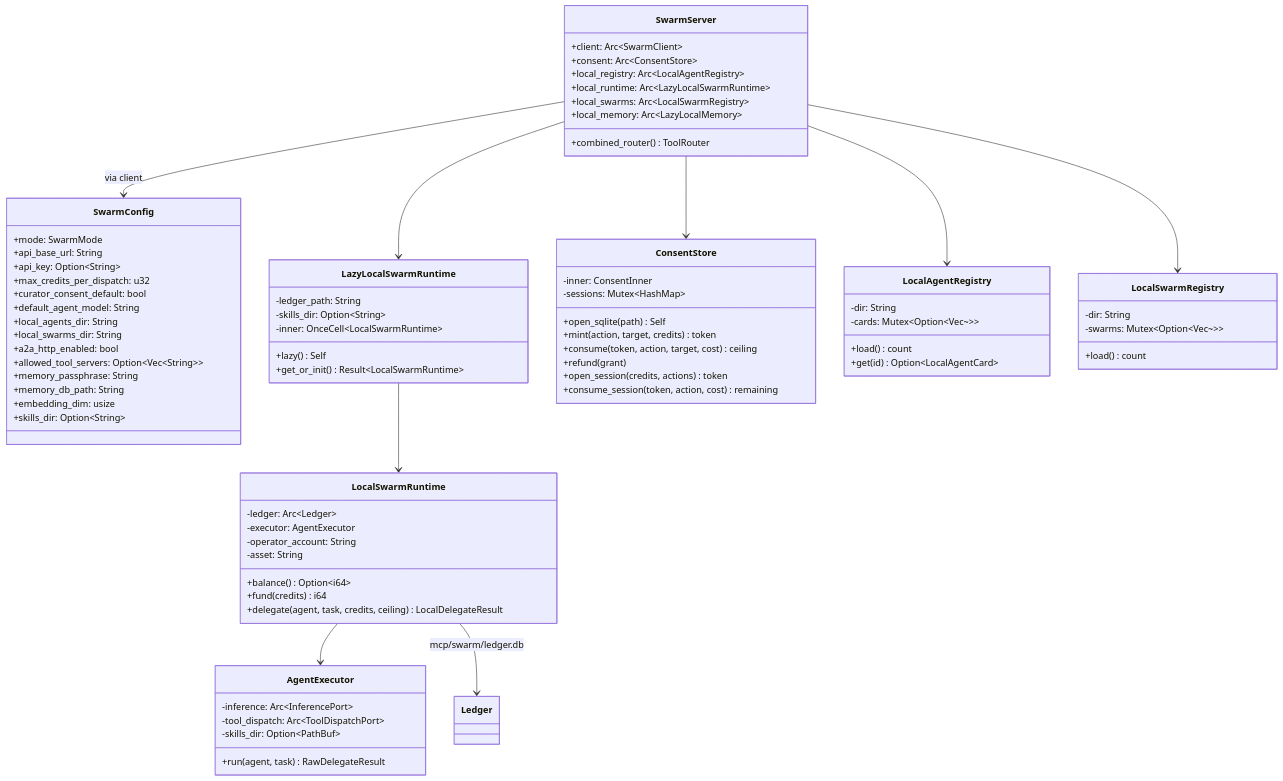
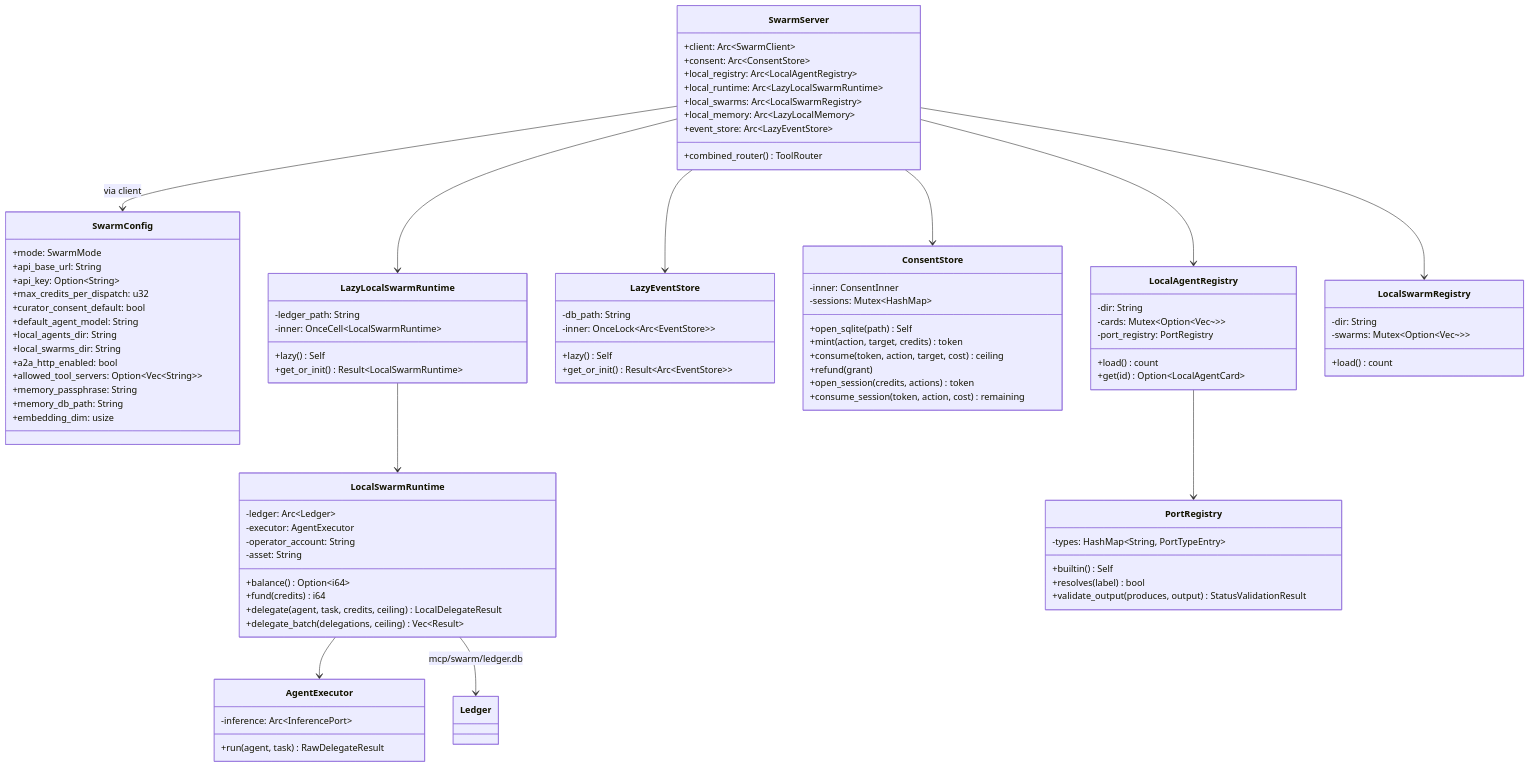
The first of 2 diagrams in kask/docs/diataxis/swarm_system/reference.md (mdz-axo/zed-kask), drawn with Mermaid before and after one commit. The commit also changed other lines of this file and 41 other files, not shown here.

````diff
--- a/kask/docs/diataxis/swarm_system/reference.md
+++ b/kask/docs/diataxis/swarm_system/reference.md
@@ -27,6 +51,7 @@
         +local_runtime: Arc~LazyLocalSwarmRuntime~
         +local_swarms: Arc~LocalSwarmRegistry~
         +local_memory: Arc~LazyLocalMemory~
+        +event_store: Arc~LazyEventStore~
         +combined_router() ToolRouter
     }
     class SwarmConfig {
@@ -43,14 +68,18 @@
         +memory_passphrase: String
         +memory_db_path: String
         +embedding_dim: usize
-        +skills_dir: Option~String~
     }
     class LazyLocalSwarmRuntime {
         -ledger_path: String
-        -skills_dir: Option~String~
         -inner: OnceCell~LocalSwarmRuntime~
         +lazy() Self
         +get_or_init() Result~LocalSwarmRuntime~
+    }
+    class LazyEventStore {
+        -db_path: String
+        -inner: OnceLock~Arc~EventStore~~
+        +lazy() Self
+        +get_or_init() Result~Arc~EventStore~~
     }
     class LocalSwarmRuntime {
         -ledger: Arc~Ledger~
@@ -60,11 +89,10 @@
         +balance() Option~i64~
         +fund(credits) i64
         +delegate(agent, task, credits, ceiling) LocalDelegateResult
+        +delegate_batch(delegations, ceiling) Vec~Result~
     }
     class AgentExecutor {
         -inference: Arc~InferencePort~
-        -tool_dispatch: Arc~ToolDispatchPort~
-        -skills_dir: Option~PathBuf~
         +run(agent, task) RawDelegateResult
     }
     class ConsentStore {
@@ -80,6 +108,7 @@
     class LocalAgentRegistry {
         -dir: String
         -cards: Mutex~Option~Vec~~~
+        -port_registry: PortRegistry
         +load() count
         +get(id) Option~LocalAgentCard~
     }
@@ -88,12 +117,20 @@
         -swarms: Mutex~Option~Vec~~~
         +load() count
     }
+    class PortRegistry {
+        -types: HashMap~String, PortTypeEntry~
+        +builtin() Self
+        +resolves(label) bool
+        +validate_output(produces, output) StatusValidationResult
+    }
     SwarmServer --> SwarmConfig : via client
     SwarmServer --> ConsentStore
     SwarmServer --> LocalAgentRegistry
     SwarmServer --> LazyLocalSwarmRuntime
     SwarmServer --> LocalSwarmRegistry
+    SwarmServer --> LazyEventStore
     LazyLocalSwarmRuntime --> LocalSwarmRuntime
     LocalSwarmRuntime --> AgentExecutor
     LocalSwarmRuntime --> Ledger : mcp/swarm/ledger.db
+    LocalAgentRegistry --> PortRegistry
 ```
````
